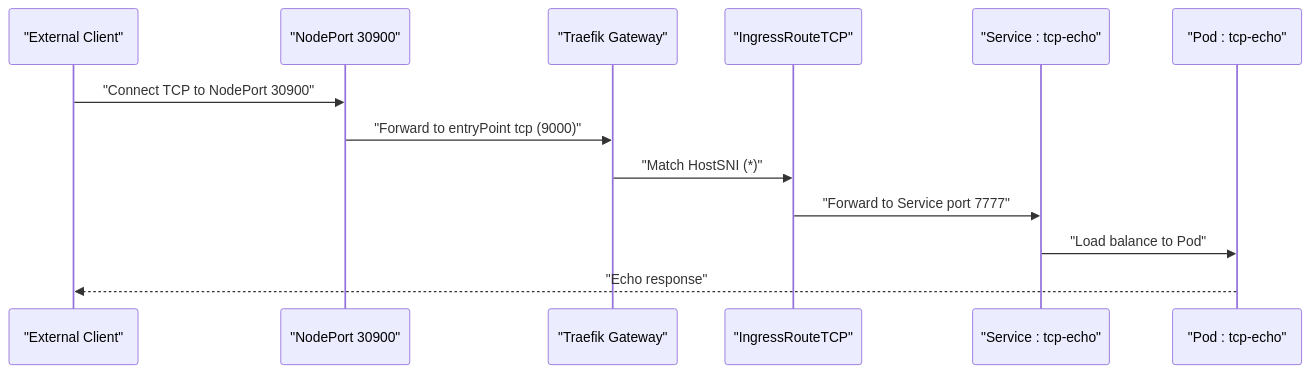
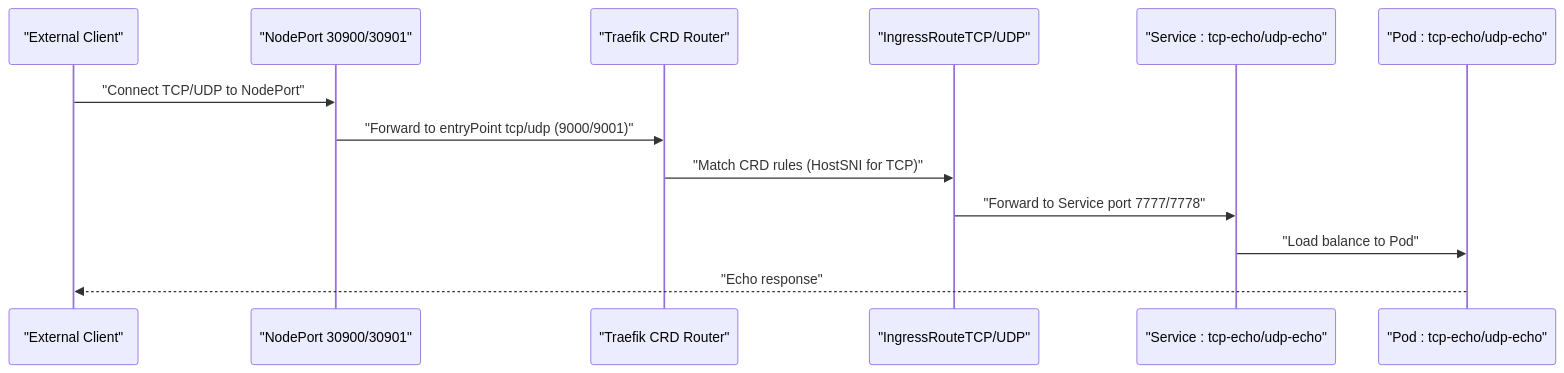
The second of 5 diagrams in .qoder/repowiki/en/content/Playground Applications/Demo Applications/TCP Echo Demo Application.md (Hoangvu75/k8s_manifest), drawn with Mermaid before and after one commit. The commit also changed other lines of this file and 10 other files, not shown here.

````diff
--- a/.qoder/repowiki/en/content/Playground Applications/Demo Applications/TCP Echo Demo Application.md
+++ b/.qoder/repowiki/en/content/Playground Applications/Demo Applications/TCP Echo Demo Application.md
@@ -113,15 +126,15 @@
 ```mermaid
 sequenceDiagram
 participant Client as "External Client"
-participant NodePort as "NodePort 30900"
-participant Traefik as "Traefik Gateway"
-participant Route as "IngressRouteTCP"
-participant Svc as "Service : tcp-echo"
-participant Pod as "Pod : tcp-echo"
-Client->>NodePort : "Connect TCP to NodePort 30900"
-NodePort->>Traefik : "Forward to entryPoint tcp (9000)"
-Traefik->>Route : "Match HostSNI (*)"
-Route->>Svc : "Forward to Service port 7777"
+participant NodePort as "NodePort 30900/30901"
+participant Traefik as "Traefik CRD Router"
+participant CRD as "IngressRouteTCP/UDP"
+participant Svc as "Service : tcp-echo/udp-echo"
+participant Pod as "Pod : tcp-echo/udp-echo"
+Client->>NodePort : "Connect TCP/UDP to NodePort"
+NodePort->>Traefik : "Forward to entryPoint tcp/udp (9000/9001)"
+Traefik->>CRD : "Match CRD rules (HostSNI for TCP)"
+CRD->>Svc : "Forward to Service port 7777/7778"
 Svc->>Pod : "Load balance to Pod"
 Pod-->>Client : "Echo response"
 ```
````
